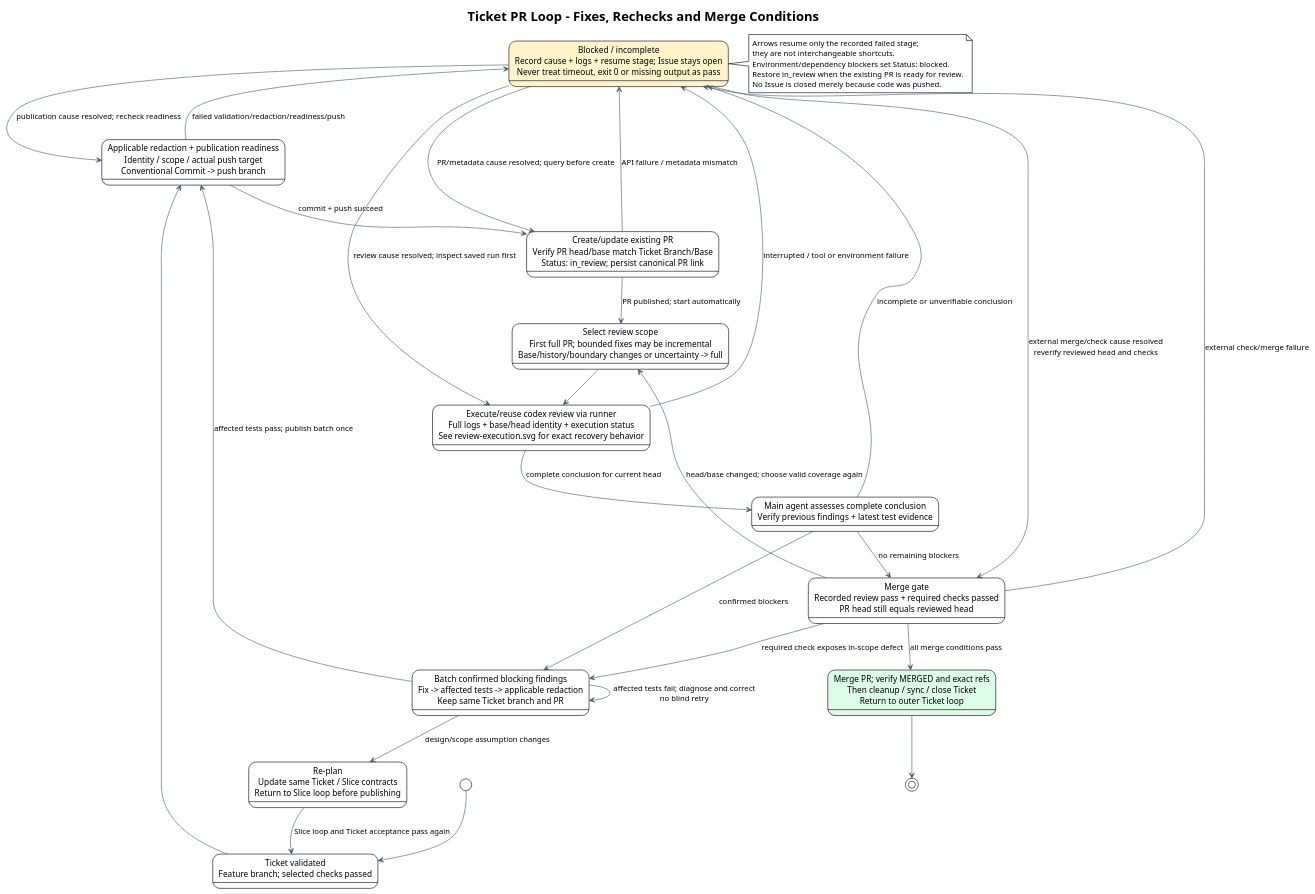
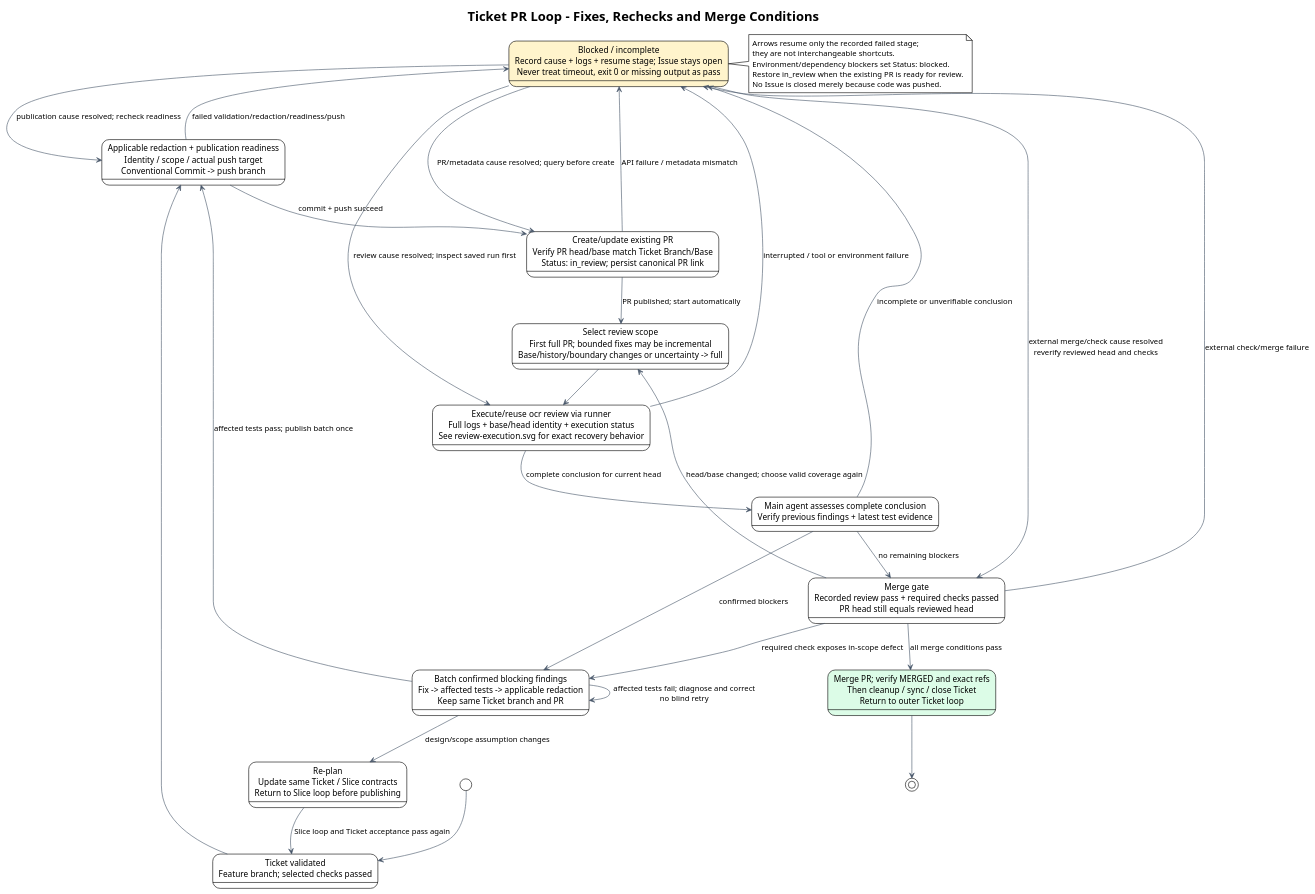
Before and after one commit to i-zrhe2016/codex-development-workflow: the diagram in docs/diagrams/ticket-review-loop.puml, drawn with PlantUML. The commit also changed 17 other files, not shown here.

```diff
--- a/docs/diagrams/ticket-review-loop.puml
+++ b/docs/diagrams/ticket-review-loop.puml
@@ -1,53 +1,53 @@
 @startuml
 !theme plain
 skinparam defaultFontName Arial
 skinparam shadowing false
 skinparam ArrowColor #475569
 title Ticket PR Loop - Fixes, Rechecks and Merge Conditions
 
 state "Ticket validated\nFeature branch; selected checks passed" as ready
 state "Applicable redaction + publication readiness\nIdentity / scope / actual push target\nConventional Commit -> push branch" as publish
 state "Create/update existing PR\nVerify PR head/base match Ticket Branch/Base\nStatus: in_review; persist canonical PR link" as pr
 state "Select review scope\nFirst full PR; bounded fixes may be incremental\nBase/history/boundary changes or uncertainty -> full" as scope
-state "Execute/reuse codex review via runner\nFull logs + base/head identity + execution status\nSee review-execution.svg for exact recovery behavior" as review
+state "Execute/reuse ocr review via runner\nFull logs + base/head identity + execution status\nSee review-execution.svg for exact recovery behavior" as review
 state "Main agent assesses complete conclusion\nVerify previous findings + latest test evidence" as assess
 state "Batch confirmed blocking findings\nFix -> affected tests -> applicable redaction\nKeep same Ticket branch and PR" as fix
 state "Blocked / incomplete\nRecord cause + logs + resume stage; Issue stays open\nNever treat timeout, exit 0 or missing output as pass" as blocked #FFF4CC
 state "Merge gate\nRecorded review pass + required checks passed\nPR head still equals reviewed head" as gate
 state "Merge PR; verify MERGED and exact refs\nThen cleanup / sync / close Ticket\nReturn to outer Ticket loop" as merged #DCFCE7
 state "Re-plan\nUpdate same Ticket / Slice contracts\nReturn to Slice loop before publishing" as replan
 
 [*] --> ready
 ready --> publish
 publish --> pr : commit + push succeed
 publish --> blocked : failed validation/redaction/readiness/push
 pr --> blocked : API failure / metadata mismatch
 pr --> scope : PR published; start automatically
 scope --> review
 review --> assess : complete conclusion for current head
 review --> blocked : interrupted / tool or environment failure
 blocked --> publish : publication cause resolved; recheck readiness
 blocked --> pr : PR/metadata cause resolved; query before create
 blocked --> review : review cause resolved; inspect saved run first
 assess --> fix : confirmed blockers
 fix --> fix : affected tests fail; diagnose and correct\nno blind retry
 fix --> publish : affected tests pass; publish batch once
 fix --> replan : design/scope assumption changes
 replan --> ready : Slice loop and Ticket acceptance pass again
 assess --> blocked : incomplete or unverifiable conclusion
 assess --> gate : no remaining blockers
 gate --> scope : head/base changed; choose valid coverage again
 gate --> fix : required check exposes in-scope defect
 gate --> blocked : external check/merge failure
 blocked --> gate : external merge/check cause resolved\nreverify reviewed head and checks
 gate --> merged : all merge conditions pass
 merged --> [*]
 
 note right of blocked
 Arrows resume only the recorded failed stage;
 they are not interchangeable shortcuts.
 Environment/dependency blockers set Status: blocked.
 Restore in_review when the existing PR is ready for review.
 No Issue is closed merely because code was pushed.
 end note
 @enduml
```
